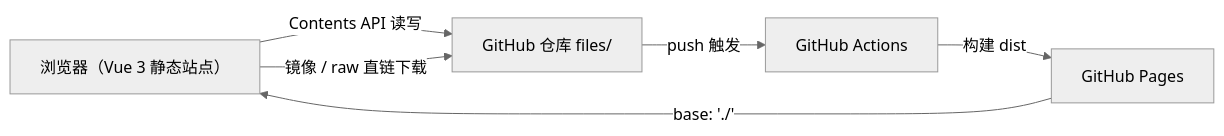
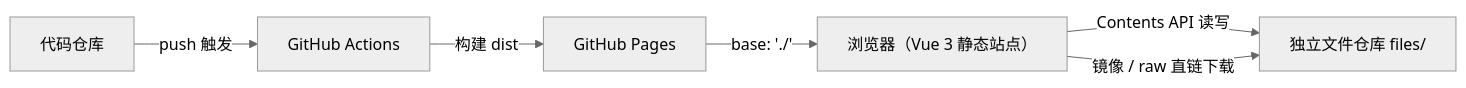
The diagram in README.md (throne24/upload_files), drawn with Mermaid (neutral theme) before and after one commit. The commit also changed other lines of this file and 15 other files, not shown here.

````diff
--- a/README.md
+++ b/README.md
@@ -54,8 +54,8 @@
 ```mermaid
 flowchart LR
-  A["浏览器（Vue 3 静态站点）"] -->|Contents API 读写| B["GitHub 仓库 files/"]
+  A["浏览器（Vue 3 静态站点）"] -->|Contents API 读写| B["独立文件仓库 files/"]
   A -->|镜像 / raw 直链下载| B
-  B -->|push 触发| C["GitHub Actions"]
+  E["代码仓库"] -->|push 触发| C["GitHub Actions"]
   C -->|构建 dist| D["GitHub Pages"]
   D -->|base: './'| A
 ```
````
